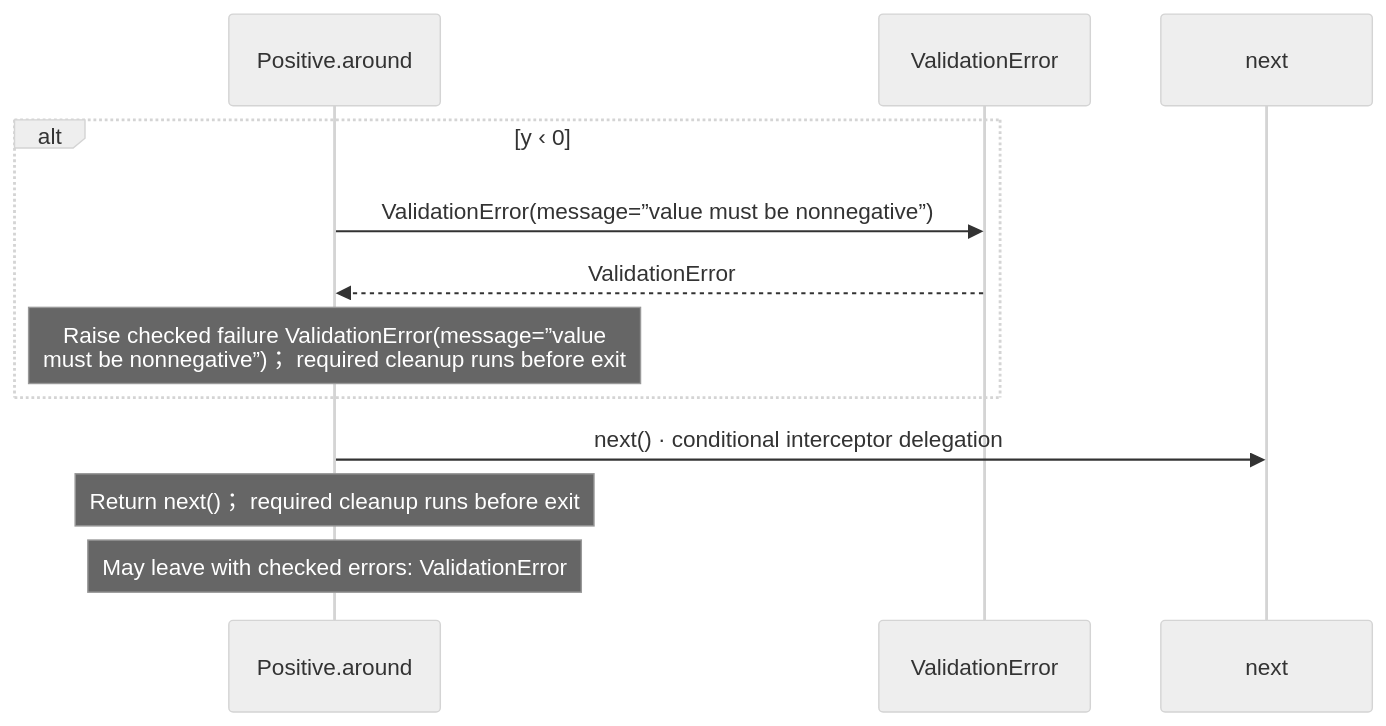
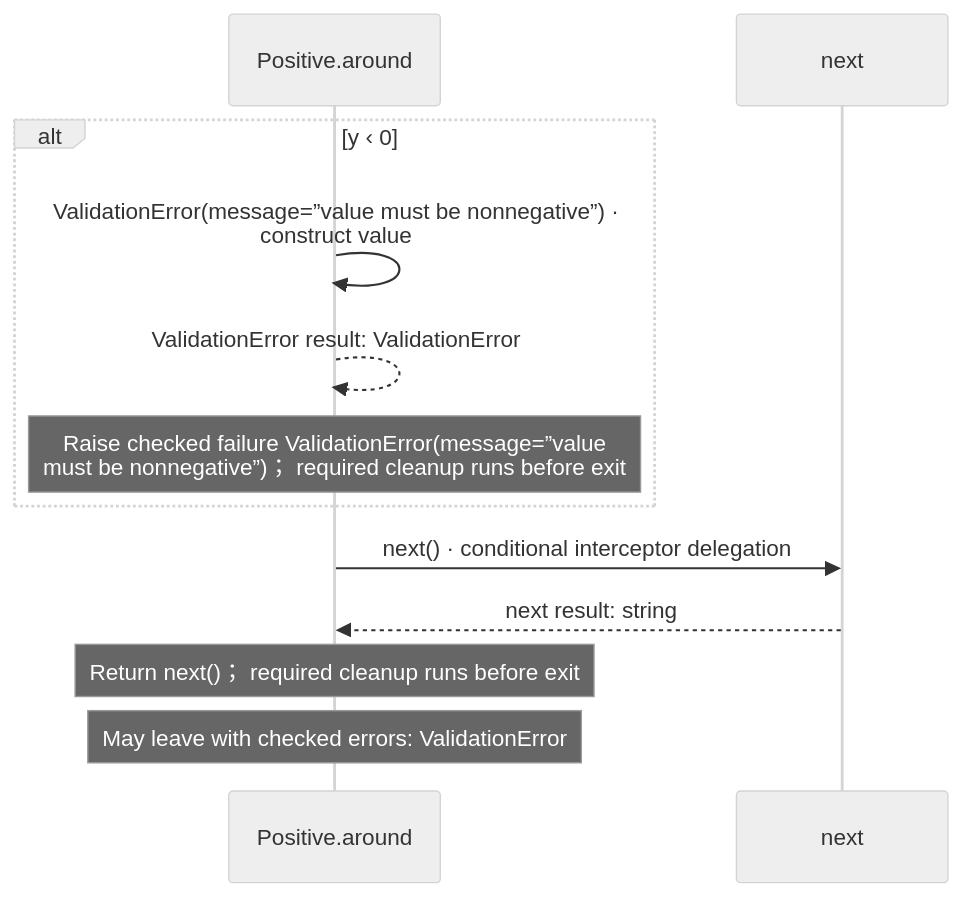
One commit to GreenPandaStudios/augscript changed the third of 4 diagrams in docs/examples/interceptors/interceptors-diagrams.md. Above: the diagram before and after it, drawn with Mermaid (neutral theme). The commit also changed other lines of this file and 304 other files, not shown here.

Commit message:
Make generated data-flow sequences concise and review every diagram

````diff
--- a/docs/examples/interceptors/interceptors-diagrams.md
+++ b/docs/examples/interceptors/interceptors-diagrams.md
@@ -80,14 +64,14 @@
 ```mermaid
 sequenceDiagram
     participant p0 as Positive.around
-    participant p1 as ValidationError
-    participant p2 as next
+    participant p1 as next
     alt y ‹ 0
-    p0->>p1: ValidationError(message=”value must be nonnegative”)
-    p1-->>p0: ValidationError
+    p0->>p0: ValidationError(message=”value must be nonnegative”) ·<br/>construct value
+    p0-->>p0: ValidationError result: ValidationError
     Note over p0: Raise checked failure ValidationError(message=”value<br/>must be nonnegative”)； required cleanup runs before exit
     end
-    p0->>p2: next() · conditional interceptor delegation
+    p0->>p1: next() · conditional interceptor delegation
+    p1-->>p0: next result: string
     Note over p0: Return next()； required cleanup runs before exit
     Note over p0: May leave with checked errors: ValidationError
 ```
````
